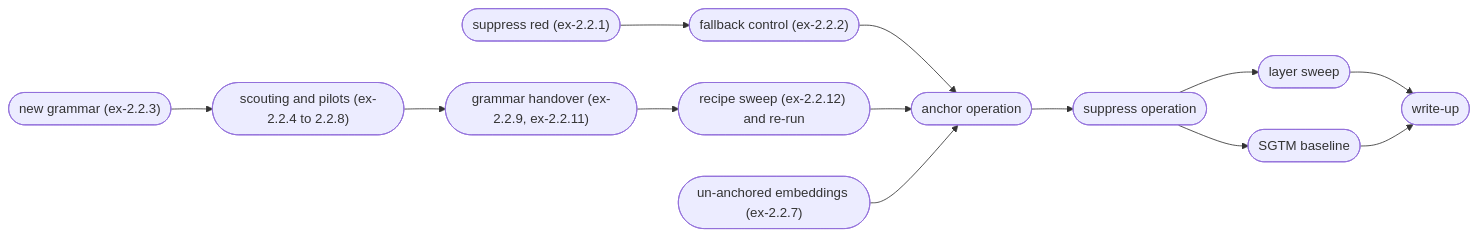
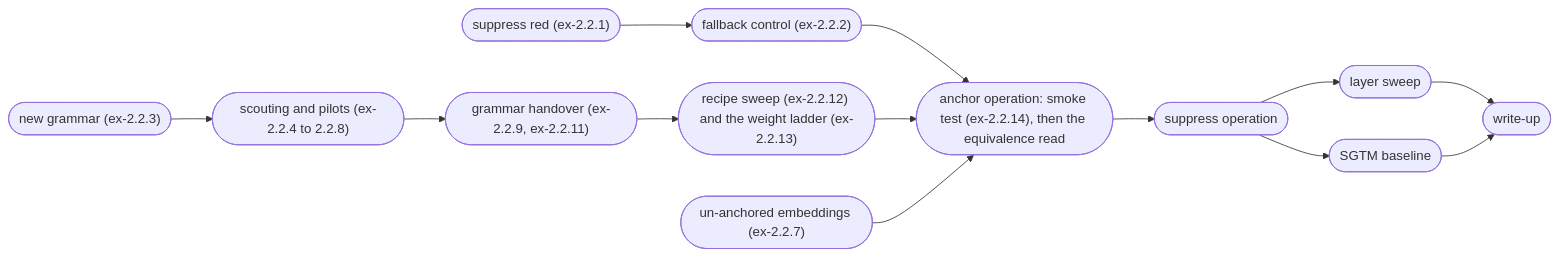
Before and after one commit to z0u-bot/sca2-mirror: the diagram in docs/m2/d2.2/design.md, drawn with Mermaid. The commit also changed other lines of this file and 6 other files, not shown here.

First line of the commit message:
ex-2.2.14: preregister the anchored-op smoke test, and bring the D2.2 design up to date

````diff
--- a/docs/m2/d2.2/design.md
+++ b/docs/m2/d2.2/design.md
@@ -19,19 +19,19 @@
 ```mermaid
 flowchart LR
 a1(["suppress red (ex-2.2.1)"])
 a2(["fallback control (ex-2.2.2)"])
 b1(["new grammar (ex-2.2.3)"])
 b2(["scouting and pilots (ex-2.2.4 to 2.2.8)"])
 b3(["grammar handover (ex-2.2.9, ex-2.2.11)"])
-b4(["recipe sweep (ex-2.2.12) and re-run"])
+b4(["recipe sweep (ex-2.2.12) and the weight ladder (ex-2.2.13)"])
 c1(["un-anchored embeddings (ex-2.2.7)"])
-main1(["anchor operation"])
+main1(["anchor operation: smoke test (ex-2.2.14), then the equivalence read"])
 main2(["suppress operation"])
 sweep(["layer sweep"])
 comp(["SGTM baseline"])
 w(["write-up"])
 
 a1 --> a2
 b1 --> b2 --> b3 --> b4
 a2 & b4 & c1 --> main1 --> main2 --> sweep & comp --> w
 ```
````
